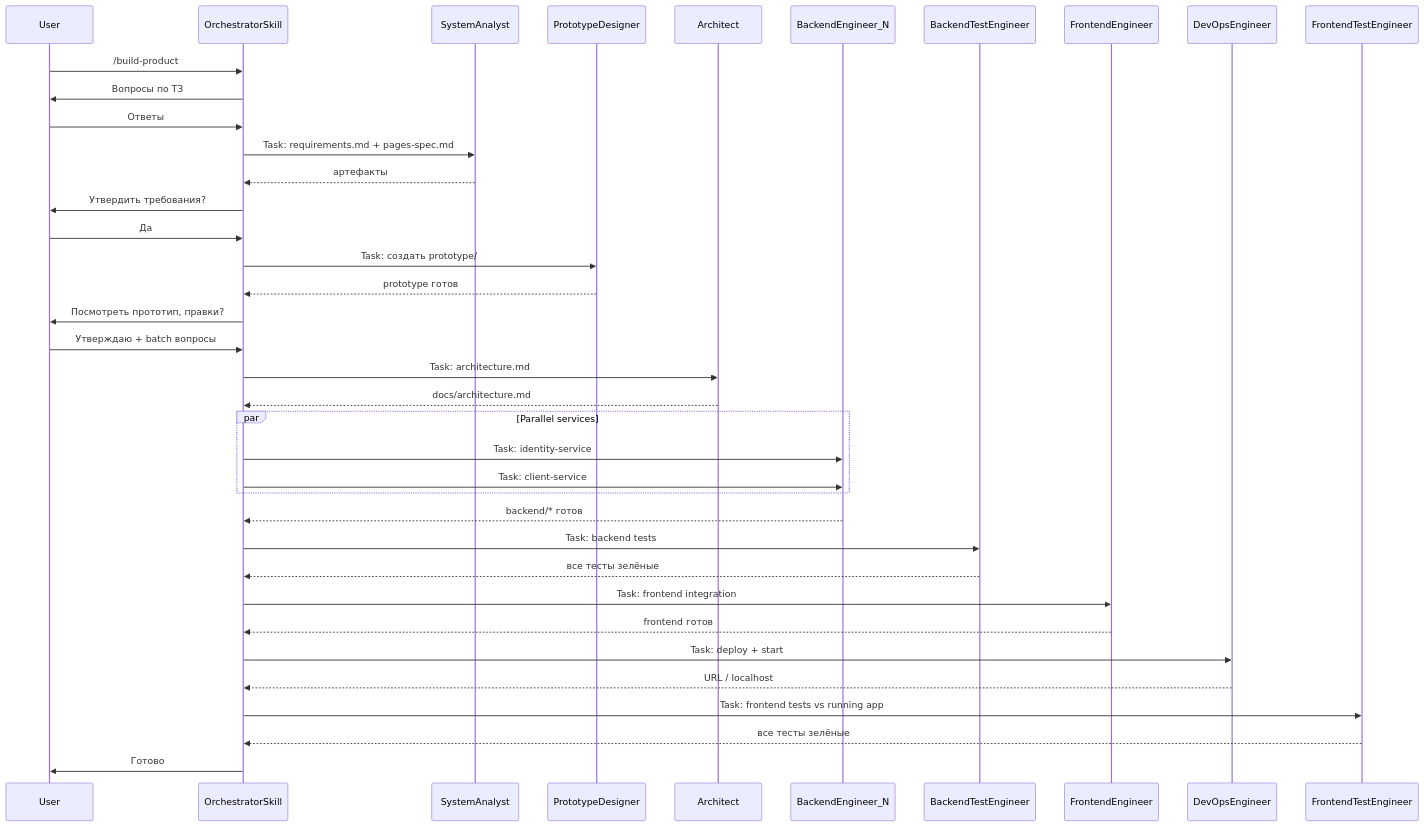
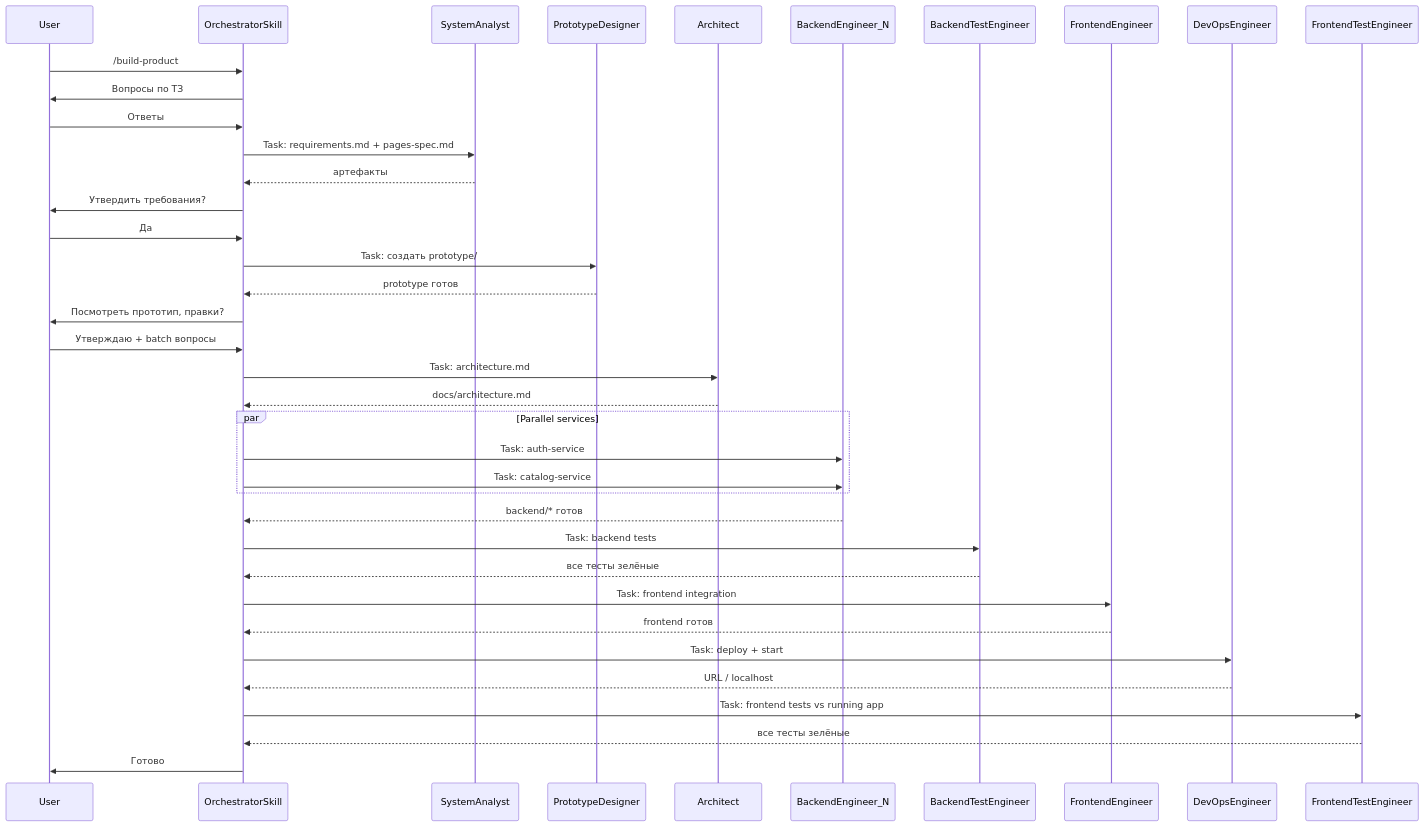
The second of 2 diagrams in README.md (sortedmap/decomposition-pattern), drawn with Mermaid before and after one commit. The commit also changed other lines of this file and 25 other files, not shown here.

````diff
--- a/README.md
+++ b/README.md
@@ -75,41 +165,41 @@
 ```mermaid
 sequenceDiagram
     participant User
     participant Orchestrator as OrchestratorSkill
     participant SA as SystemAnalyst
     participant Proto as PrototypeDesigner
     participant Arch as Architect
     participant BE as BackendEngineer_N
     participant BTest as BackendTestEngineer
     participant FE as FrontendEngineer
     participant DevOps as DevOpsEngineer
     participant FTest as FrontendTestEngineer
 
     User->>Orchestrator: /build-product
     Orchestrator->>User: Вопросы по ТЗ
     User->>Orchestrator: Ответы
     Orchestrator->>SA: Task: requirements.md + pages-spec.md
     SA-->>Orchestrator: артефакты
     Orchestrator->>User: Утвердить требования?
     User->>Orchestrator: Да
     Orchestrator->>Proto: Task: создать prototype/
     Proto-->>Orchestrator: prototype готов
     Orchestrator->>User: Посмотреть прототип, правки?
     User->>Orchestrator: Утверждаю + batch вопросы
     Orchestrator->>Arch: Task: architecture.md
     Arch-->>Orchestrator: docs/architecture.md
     par Parallel services
-        Orchestrator->>BE: Task: identity-service
-        Orchestrator->>BE: Task: client-service
+        Orchestrator->>BE: Task: auth-service
+        Orchestrator->>BE: Task: catalog-service
     end
     BE-->>Orchestrator: backend/* готов
     Orchestrator->>BTest: Task: backend tests
     BTest-->>Orchestrator: все тесты зелёные
     Orchestrator->>FE: Task: frontend integration
     FE-->>Orchestrator: frontend готов
     Orchestrator->>DevOps: Task: deploy + start
     DevOps-->>Orchestrator: URL / localhost
     Orchestrator->>FTest: Task: frontend tests vs running app
     FTest-->>Orchestrator: все тесты зелёные
     Orchestrator->>User: Готово
 ```
````
